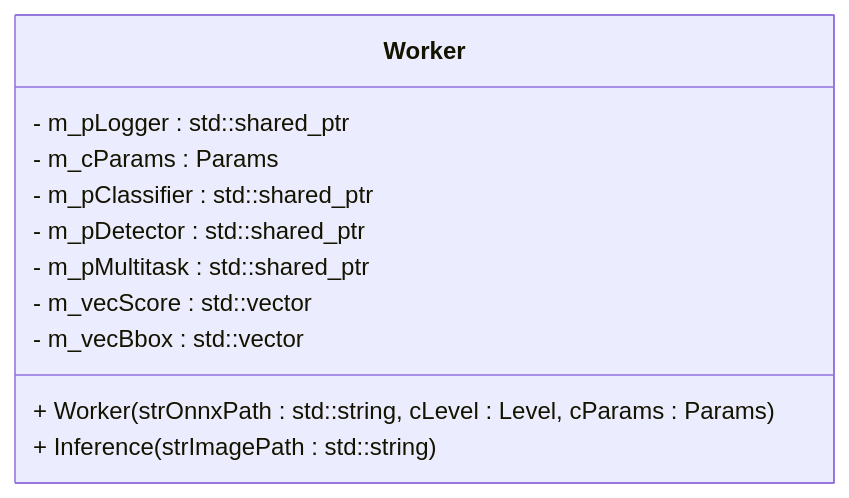
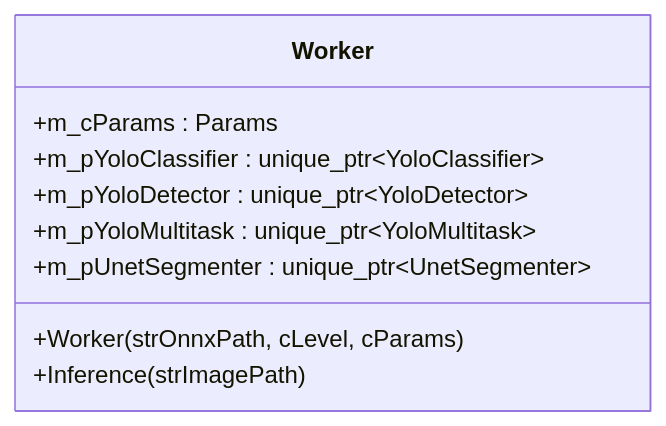
Before and after one commit to Chang-Chiang/InferDeploy: diagram 11 of 13 in README.md, drawn with Mermaid. The commit also changed other lines of this file and 29 other files, not shown here.

````diff
--- a/README.md
+++ b/README.md
@@ -141,15 +305,12 @@
 ```mermaid
 classDiagram
 class Worker {
-    - m_pLogger : std::shared_ptr<Logger>
-    - m_cParams : Params
-    - m_pClassifier : std::shared_ptr<Classifier>
-    - m_pDetector : std::shared_ptr<Detector>
-    - m_pMultitask : std::shared_ptr<Multitask>
-    - m_vecScore : std::vector<float>
-    - m_vecBbox : std::vector<Bbox>
-
-    + Worker(strOnnxPath : std::string, cLevel : Level, cParams : Params)
-    + Inference(strImagePath : std::string)
+    +m_cParams : Params
+    +m_pYoloClassifier : unique_ptr~YoloClassifier~
+    +m_pYoloDetector : unique_ptr~YoloDetector~
+    +m_pYoloMultitask : unique_ptr~YoloMultitask~
+    +m_pUnetSegmenter : unique_ptr~UnetSegmenter~
+    +Worker(strOnnxPath, cLevel, cParams)
+    +Inference(strImagePath)
 }
 ```
````
